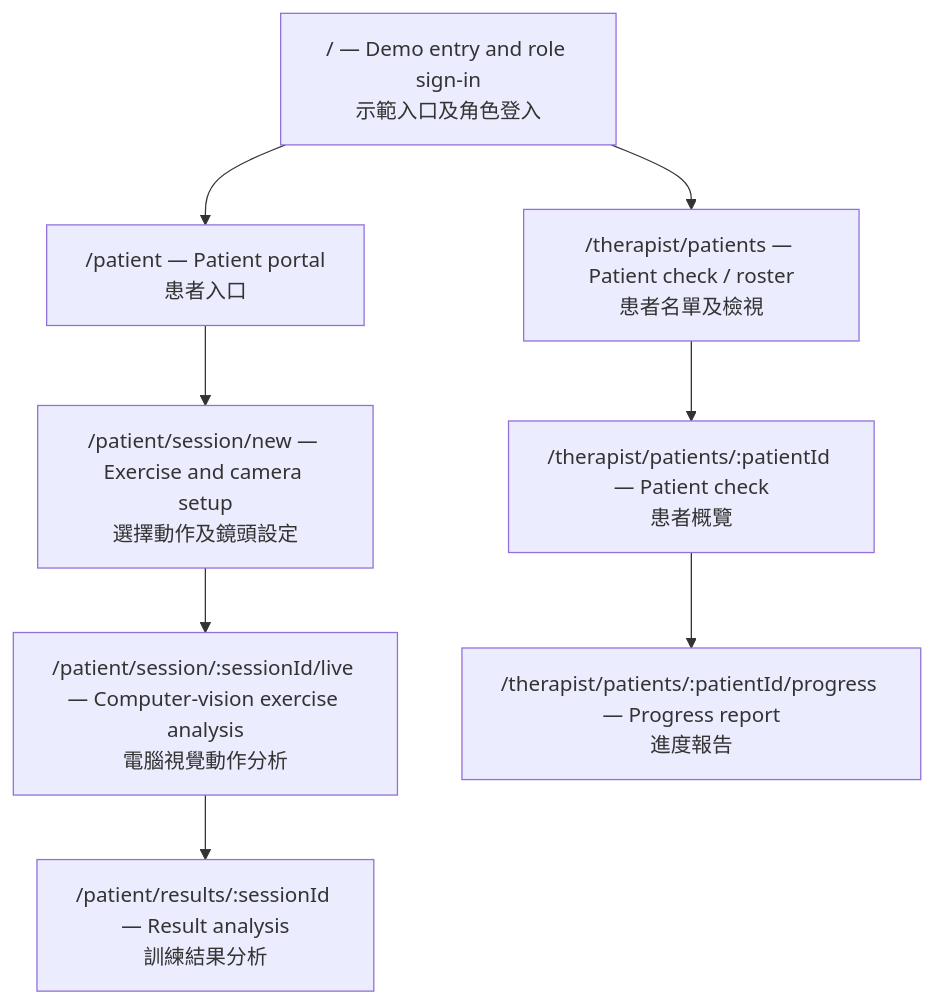
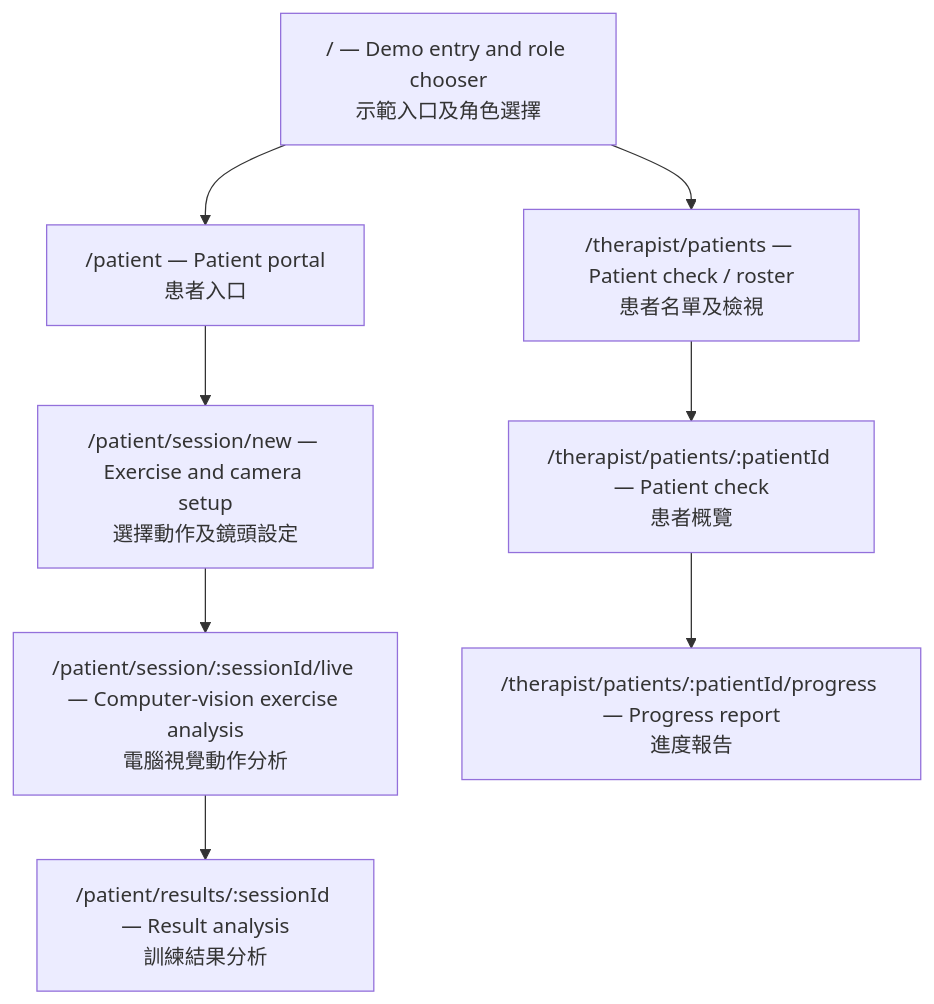
The first of 4 diagrams in docs/sitemap.md (Brian-storm/Physio-Care-Web-Mobile), drawn with Mermaid before and after one commit. The commit also changed other lines of this file and 14 other files, not shown here.

````diff
--- a/docs/sitemap.md
+++ b/docs/sitemap.md
@@ -24,11 +30,11 @@
 ```mermaid
 flowchart TD
-    Entry["/ — Demo entry and role sign-in<br/>示範入口及角色登入"]
+    Entry["/ — Demo entry and role chooser<br/>示範入口及角色選擇"]
     Entry --> Patient["/patient — Patient portal<br/>患者入口"]
     Patient --> Setup["/patient/session/new — Exercise and camera setup<br/>選擇動作及鏡頭設定"]
     Setup --> Live["/patient/session/:sessionId/live — Computer-vision exercise analysis<br/>電腦視覺動作分析"]
     Live --> Result["/patient/results/:sessionId — Result analysis<br/>訓練結果分析"]
     Entry --> Patients["/therapist/patients — Patient check / roster<br/>患者名單及檢視"]
     Patients --> PatientCheck["/therapist/patients/:patientId — Patient check<br/>患者概覽"]
     PatientCheck --> Report["/therapist/patients/:patientId/progress — Progress report<br/>進度報告"]
 ```
````
